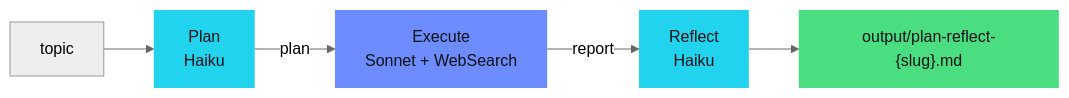
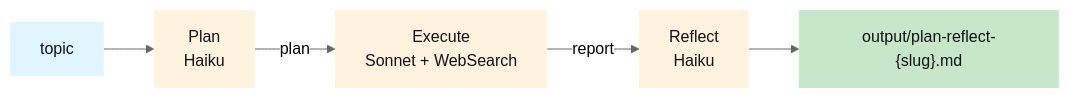
Before and after one commit to mj-deving/managed-agents-research: the fourth of 5 diagrams in README.md, drawn with Mermaid (neutral theme). The commit also changed other lines of this file, not shown here.

First line of the commit message:
design: Mermaid diagrams use n8n-email-triage pastel color palette

````diff
--- a/README.md
+++ b/README.md
@@ -309,12 +314,13 @@
 ```mermaid
 flowchart LR
     A["topic"] --> B["Plan\nHaiku"]
     B -->|"plan"| C["Execute\nSonnet + WebSearch"]
     C -->|"report"| D["Reflect\nHaiku"]
     D --> E["output/plan-reflect-{slug}.md"]
 
-    style B fill:#22d3ee,color:#0f1117,stroke:none
-    style C fill:#6c8cff,color:#0f1117,stroke:none
-    style D fill:#22d3ee,color:#0f1117,stroke:none
-    style E fill:#4ade80,color:#0f1117,stroke:none
+    style A fill:#e1f5fe,color:#0f1117,stroke:none
+    style B fill:#fff3e0,color:#0f1117,stroke:none
+    style C fill:#fff3e0,color:#0f1117,stroke:none
+    style D fill:#fff3e0,color:#0f1117,stroke:none
+    style E fill:#c8e6c9,color:#0f1117,stroke:none
 ```
````
